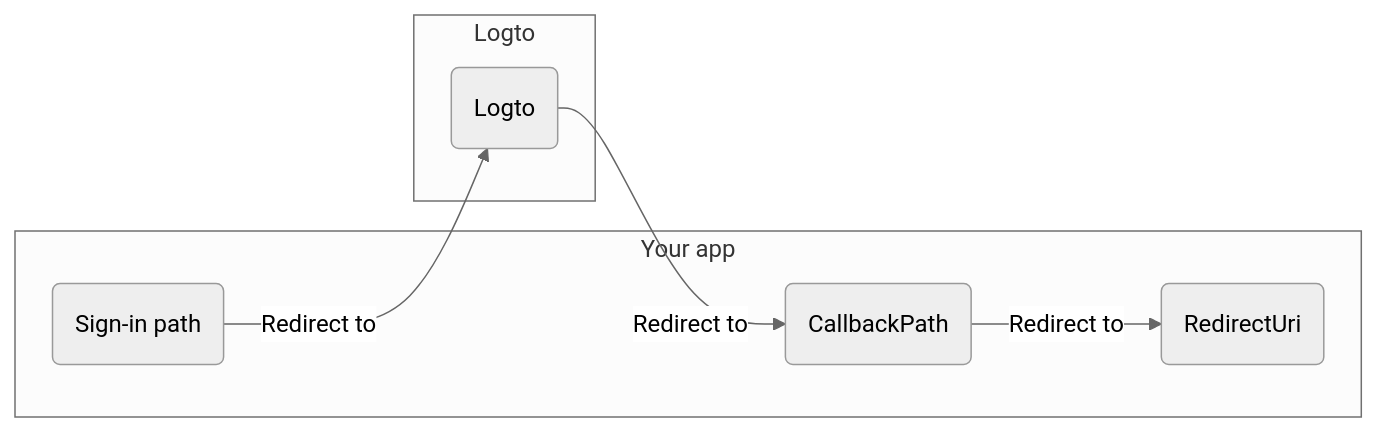
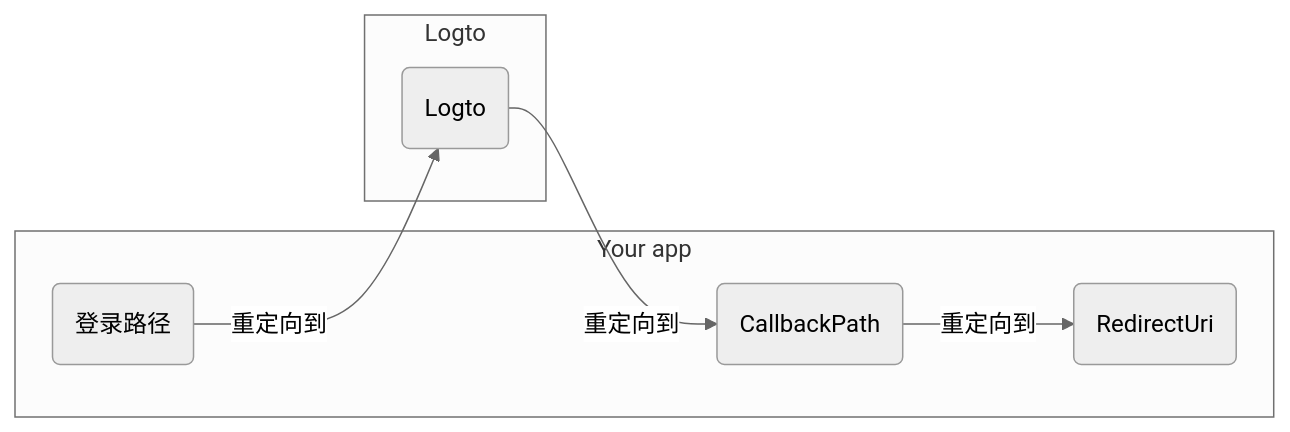
One commit to logto-io/docs changed the diagram in i18n/zh-CN/docusaurus-plugin-content-docs/current/quick-starts/framework/dotnet-mvc/_sign-in-and-sign-out-flows.mdx. Above: the diagram before and after it, drawn with Mermaid (neutral theme). The commit also changed other lines of this file and 449 other files, not shown here.

````diff
--- a/i18n/zh-CN/docusaurus-plugin-content-docs/current/quick-starts/framework/dotnet-mvc/_sign-in-and-sign-out-flows.mdx
+++ b/i18n/zh-CN/docusaurus-plugin-content-docs/current/quick-starts/framework/dotnet-mvc/_sign-in-and-sign-out-flows.mdx
@@ -10,14 +10,14 @@
 ```mermaid
 graph LR
   subgraph Your app
     A
     C
     D
   end
   subgraph Logto
     B
   end
-  A(Sign-in path) -->|Redirect to| B(Logto)
-  B -->|Redirect to| C(CallbackPath)
-  C -->|Redirect to| D(RedirectUri)
+  A(登录路径) -->|重定向到| B(Logto)
+  B -->|重定向到| C(CallbackPath)
+  C -->|重定向到| D(RedirectUri)
 ```
````
